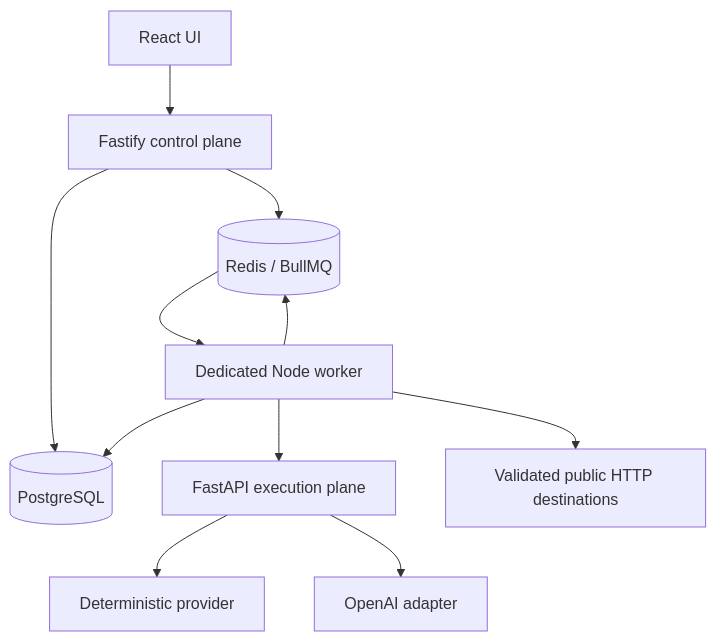
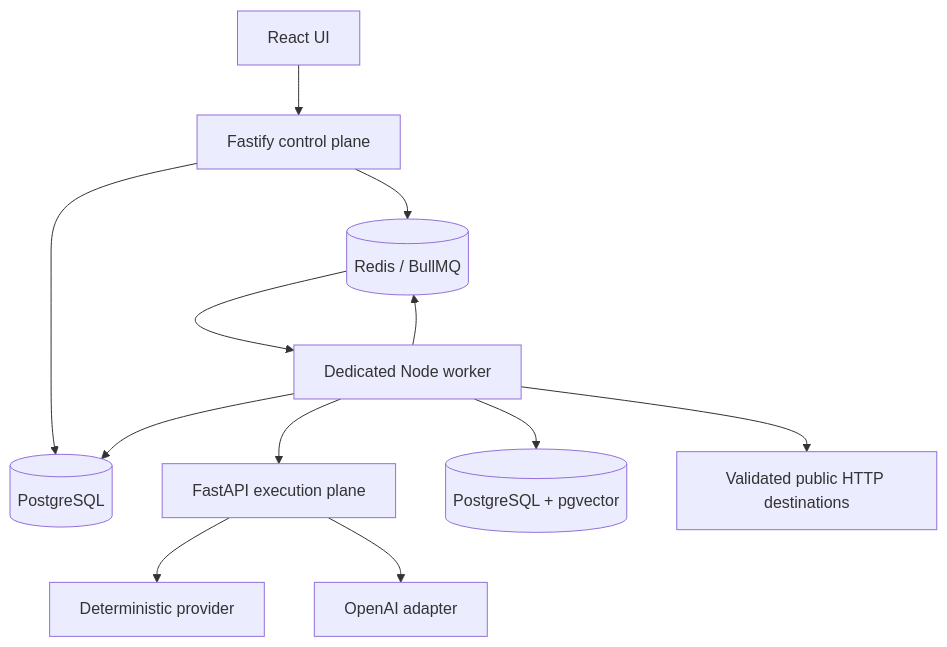
The diagram in ARCHITECTURE.md (hafiz475/agentops-ai-workflow-platform), drawn with Mermaid before and after one commit. The commit also changed other lines of this file and 46 other files, not shown here.

````diff
--- a/ARCHITECTURE.md
+++ b/ARCHITECTURE.md
@@ -5,13 +5,14 @@
 ```mermaid
 flowchart TB
   Web[React UI] --> API[Fastify control plane]
   API --> Store[(PostgreSQL)]
   API --> Redis[(Redis / BullMQ)]
   Redis --> Worker[Dedicated Node worker]
   Worker --> Store
   Worker --> Python[FastAPI execution plane]
+  Worker --> Vector[(PostgreSQL + pgvector)]
   Worker --> Redis
   Worker --> SafeHTTP[Validated public HTTP destinations]
   Python --> Dev[Deterministic provider]
   Python --> OA[OpenAI adapter]
 ```
````
